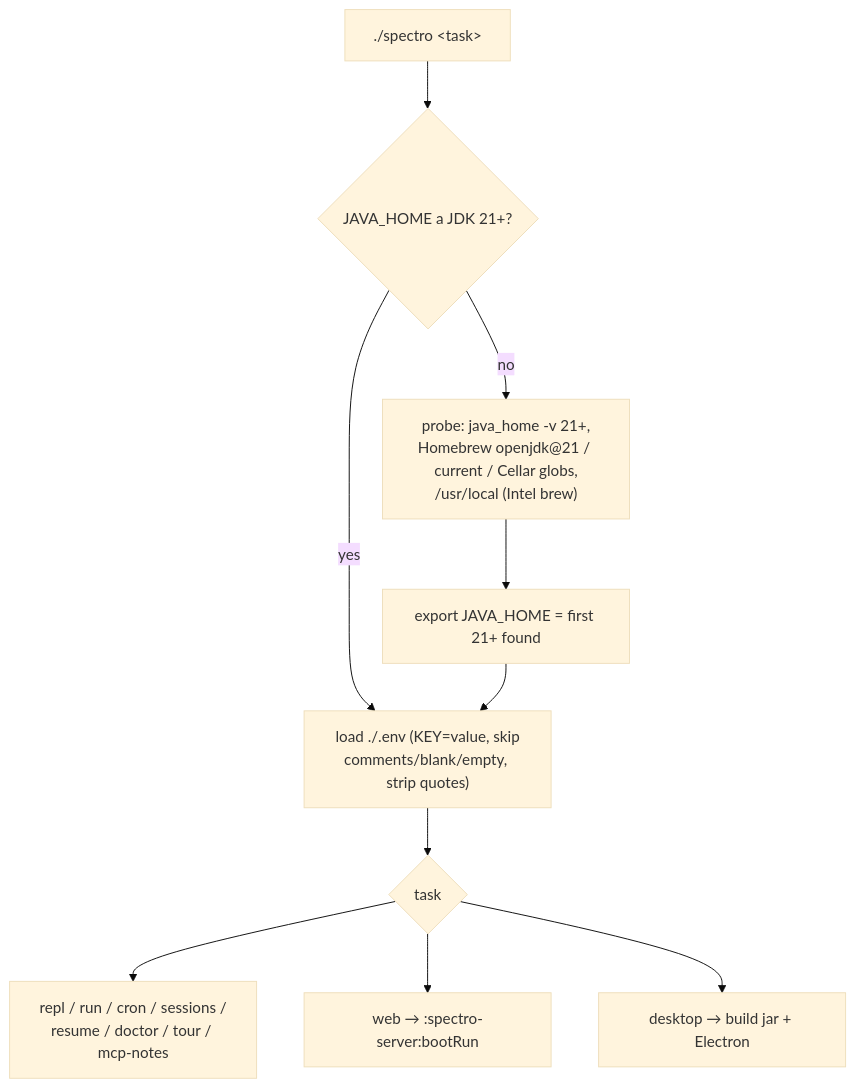
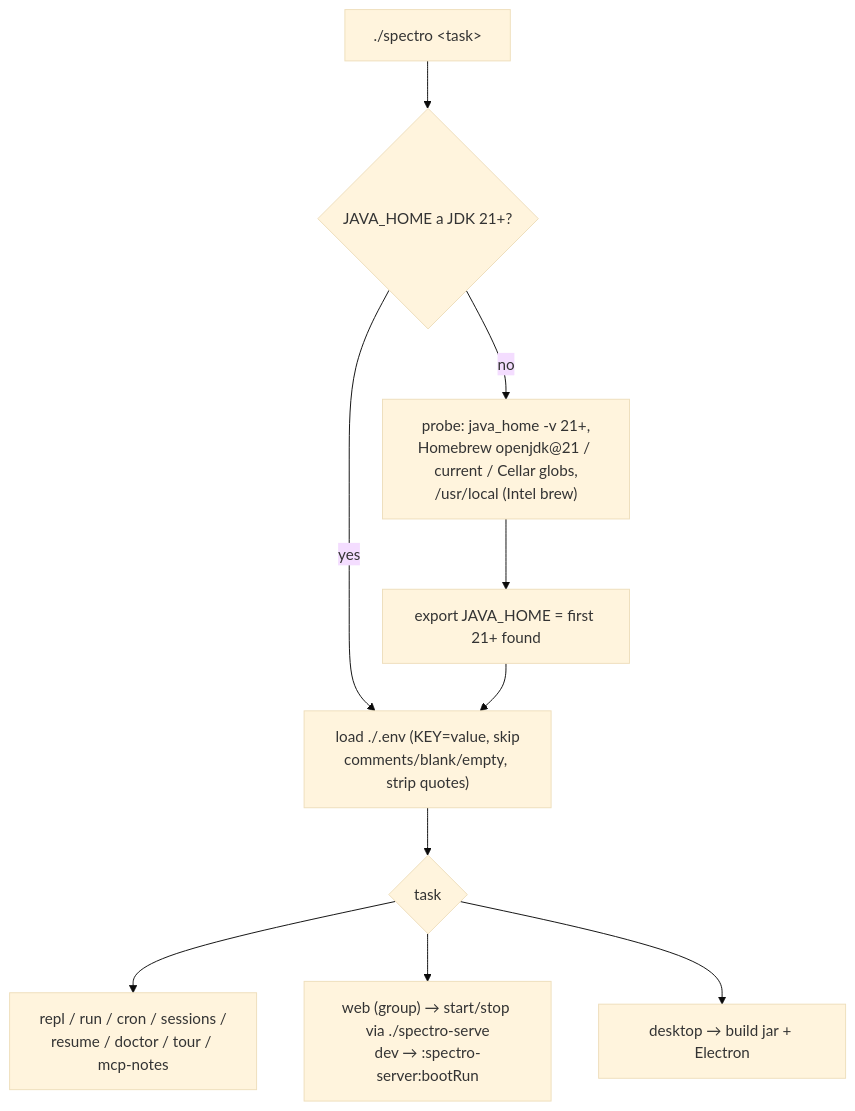
The fourth of 5 diagrams in docs/ARCHITECTURE.md (spectroscope/spectroscope), drawn with Mermaid (base theme) before and after one commit. The commit also changed 8 other files, not shown here.

Commit message:
feat(cli): the web face becomes a command group — a bare invocation informs instead of starting, start and dev are named separately, and the lifecycle stays in one implementation (card 105)

````diff
--- a/docs/ARCHITECTURE.md
+++ b/docs/ARCHITECTURE.md
@@ -180,12 +180,12 @@
 ```mermaid
 flowchart TB
     start["./spectro &lt;task&gt;"] --> jdk{"JAVA_HOME a JDK 21+?"}
     jdk -->|no| probe["probe: java_home -v 21+,<br/>Homebrew openjdk@21 / current / Cellar globs,<br/>/usr/local (Intel brew)"]
     probe --> setjh["export JAVA_HOME = first 21+ found"]
     jdk -->|yes| dotenv
     setjh --> dotenv["load ./.env (KEY=value, skip<br/>comments/blank/empty, strip quotes)"]
     dotenv --> disp{"task"}
     disp --> repl["repl / run / cron / sessions /<br/>resume / doctor / tour / mcp-notes"]
-    disp --> web["web → :spectro-server:bootRun"]
+    disp --> web["web (group) → start/stop via ./spectro-serve<br/>dev → :spectro-server:bootRun"]
     disp --> desk["desktop → build jar + Electron"]
 ```
````
